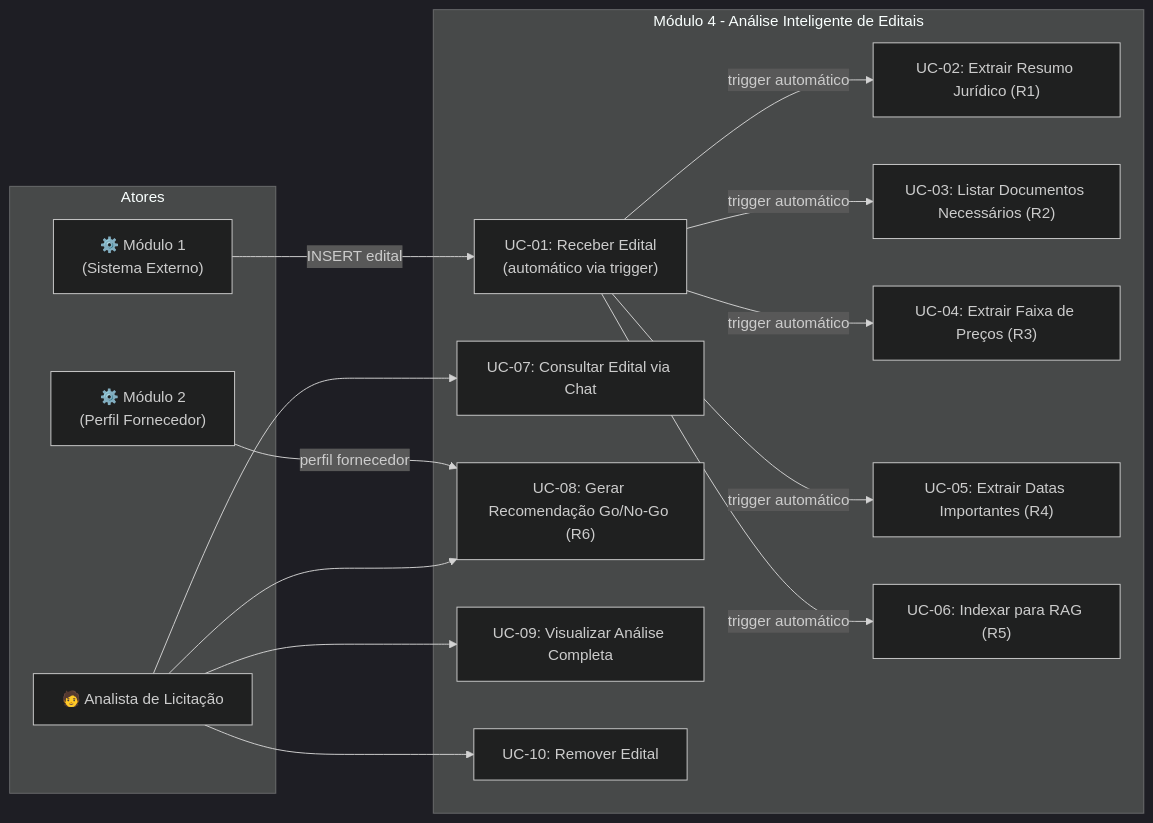
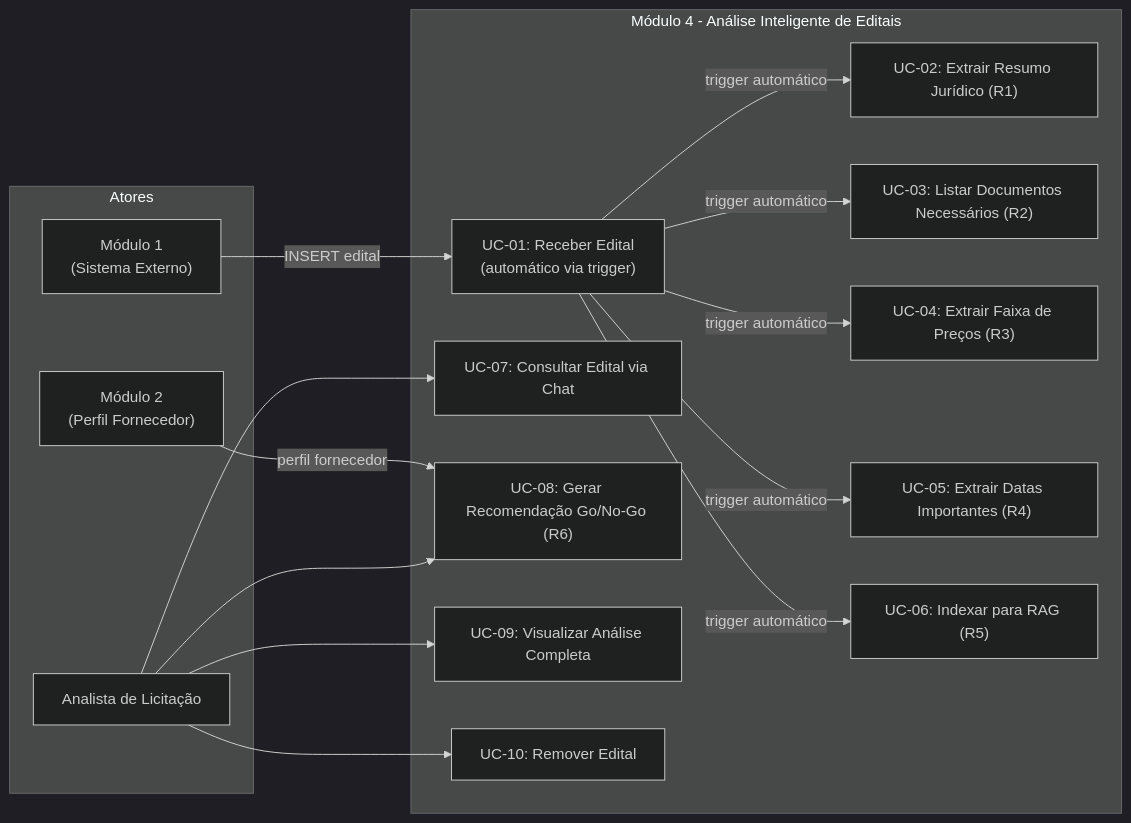
One commit to drhhhesse/module4 changed the first of 10 diagrams in M4_Diagramas_UML.md. Above: the diagram before and after it, drawn with Mermaid (dark theme). The commit also changed other lines of this file, not shown here.

````diff
--- a/M4_Diagramas_UML.md
+++ b/M4_Diagramas_UML.md
@@ -11,35 +11,35 @@
 ```mermaid
 flowchart LR
     subgraph Atores
-        AL["🧑 Analista de Licitação"]
-        M1["⚙️ Módulo 1\n(Sistema Externo)"]
-        M2["⚙️ Módulo 2\n(Perfil Fornecedor)"]
+        AL[" Analista de Licitação"]
+        M1[" Módulo 1\n(Sistema Externo)"]
+        M2[" Módulo 2\n(Perfil Fornecedor)"]
     end
 
     subgraph Sistema["Módulo 4 - Análise Inteligente de Editais"]
         UC01["UC-01: Receber Edital\n(automático via trigger)"]
         UC02["UC-02: Extrair Resumo Jurídico (R1)"]
         UC03["UC-03: Listar Documentos Necessários (R2)"]
         UC04["UC-04: Extrair Faixa de Preços (R3)"]
         UC05["UC-05: Extrair Datas Importantes (R4)"]
         UC06["UC-06: Indexar para RAG (R5)"]
         UC07["UC-07: Consultar Edital via Chat"]
         UC08["UC-08: Gerar Recomendação Go/No-Go (R6)"]
         UC09["UC-09: Visualizar Análise Completa"]
         UC10["UC-10: Remover Edital"]
     end
 
     M1 -->|"INSERT edital"| UC01
     UC01 -->|"trigger automático"| UC02
     UC01 -->|"trigger automático"| UC03
     UC01 -->|"trigger automático"| UC04
     UC01 -->|"trigger automático"| UC05
     UC01 -->|"trigger automático"| UC06
 
     AL --> UC07
     AL --> UC08
     AL --> UC09
     AL --> UC10
 
     M2 -->|"perfil fornecedor"| UC08
 ```
````
